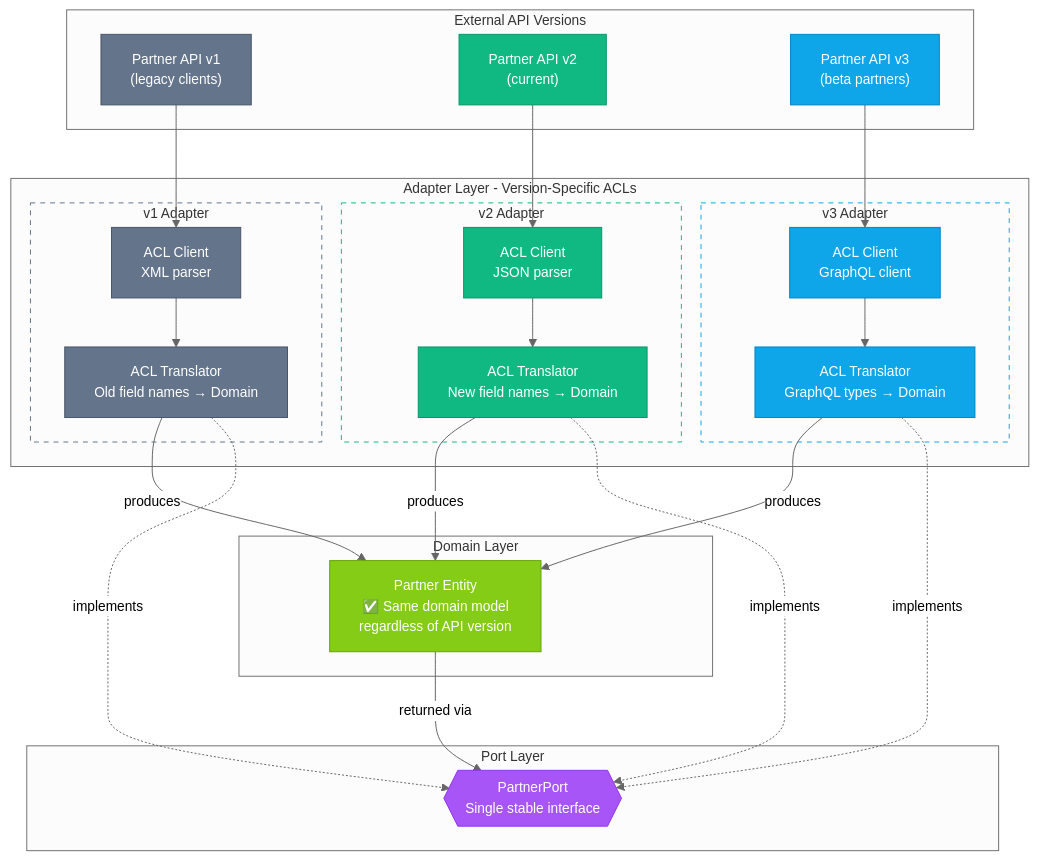
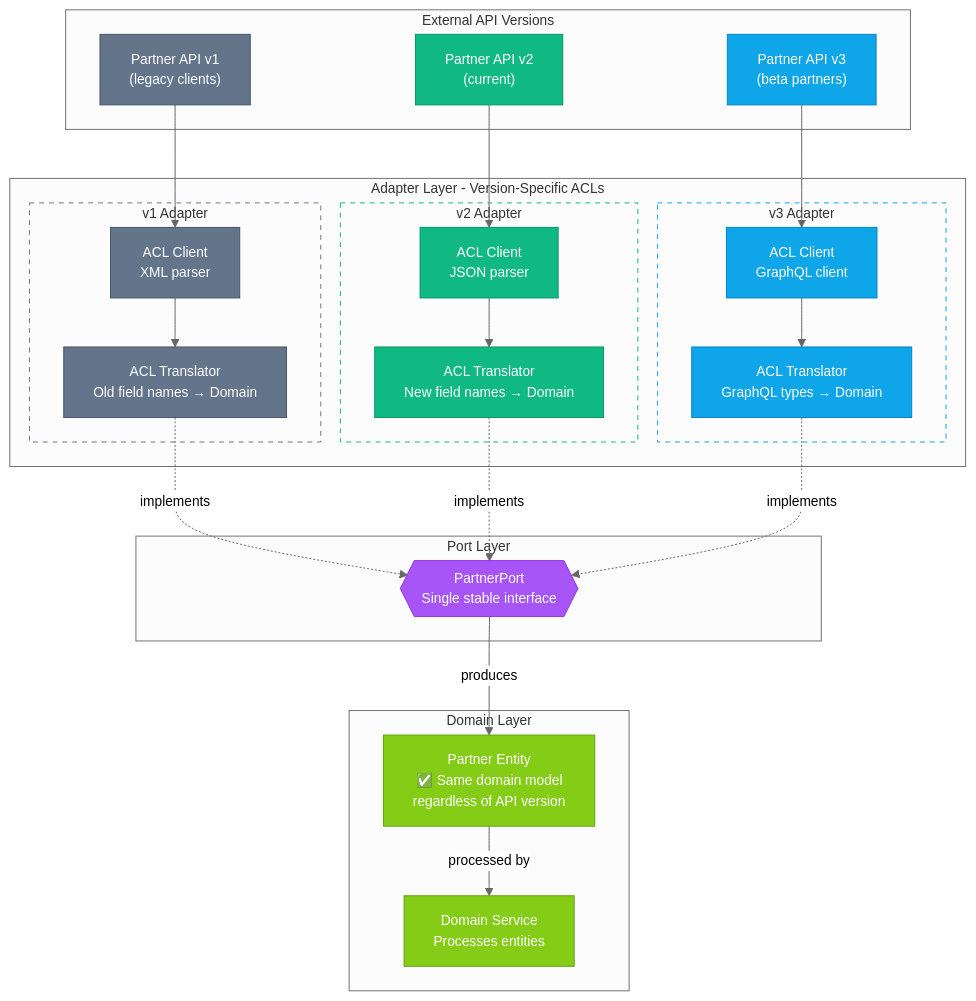
The seventh of 9 diagrams in docs/adr/0001-hexagonal-architecture.md (jsamuelsen11/go-service-template-v2), drawn with Mermaid before and after one commit. The commit also changed other lines of this file and 1 other file, not shown here.

First line of the commit message:
docs: update hexagonal architecture diagrams and add domain services

````diff
--- a/docs/adr/0001-hexagonal-architecture.md
+++ b/docs/adr/0001-hexagonal-architecture.md
@@ -425,66 +479,65 @@
 ```mermaid
 %%{init: {'theme': 'neutral', 'themeVariables': { 'fontSize': '14px' }}}%%
 flowchart TB
     subgraph external["External API Versions"]
         V1["Partner API v1<br/>(legacy clients)"]
         V2["Partner API v2<br/>(current)"]
         V3["Partner API v3<br/>(beta partners)"]
     end
 
     subgraph adapters["Adapter Layer - Version-Specific ACLs"]
         subgraph a1["v1 Adapter"]
             A1Client["ACL Client<br/>XML parser"]
             A1Trans["ACL Translator<br/>Old field names → Domain"]
         end
 
         subgraph a2["v2 Adapter"]
             A2Client["ACL Client<br/>JSON parser"]
             A2Trans["ACL Translator<br/>New field names → Domain"]
         end
 
         subgraph a3["v3 Adapter"]
             A3Client["ACL Client<br/>GraphQL client"]
             A3Trans["ACL Translator<br/>GraphQL types → Domain"]
         end
     end
 
     subgraph port["Port Layer"]
         Port{{"PartnerPort<br/>Single stable interface"}}
     end
 
     subgraph domain["Domain Layer"]
         Entity["Partner Entity<br/>✅ Same domain model<br/>regardless of API version"]
+        DomSvc["Domain Service<br/>Processes entities"]
     end
 
     V1 --> A1Client
     A1Client --> A1Trans
     V2 --> A2Client
     A2Client --> A2Trans
     V3 --> A3Client
     A3Client --> A3Trans
 
-    A1Trans -->|"produces"| Entity
-    A2Trans -->|"produces"| Entity
-    A3Trans -->|"produces"| Entity
-
-    Entity -->|"returned via"| Port
-
     A1Trans -.->|"implements"| Port
     A2Trans -.->|"implements"| Port
     A3Trans -.->|"implements"| Port
+
+    Port -->|"produces"| Entity
+    Entity -->|"processed by"| DomSvc
 
     style V1 fill:#64748b,stroke:#475569,color:#fff
     style V2 fill:#10b981,stroke:#059669,color:#fff
     style V3 fill:#0ea5e9,stroke:#0284c7,color:#fff
     style A1Client fill:#64748b,stroke:#475569,color:#fff
     style A1Trans fill:#64748b,stroke:#475569,color:#fff
     style A2Client fill:#10b981,stroke:#059669,color:#fff
     style A2Trans fill:#10b981,stroke:#059669,color:#fff
     style A3Client fill:#0ea5e9,stroke:#0284c7,color:#fff
     style A3Trans fill:#0ea5e9,stroke:#0284c7,color:#fff
     style a1 fill:none,stroke:#64748b,stroke-dasharray: 5 5
     style a2 fill:none,stroke:#10b981,stroke-dasharray: 5 5
     style a3 fill:none,stroke:#0ea5e9,stroke-dasharray: 5 5
     style Port fill:#a855f7,stroke:#9333ea,color:#fff
     style Entity fill:#84cc16,stroke:#65a30d,color:#fff
+    style DomSvc fill:#84cc16,stroke:#65a30d,color:#fff
 ```
````
